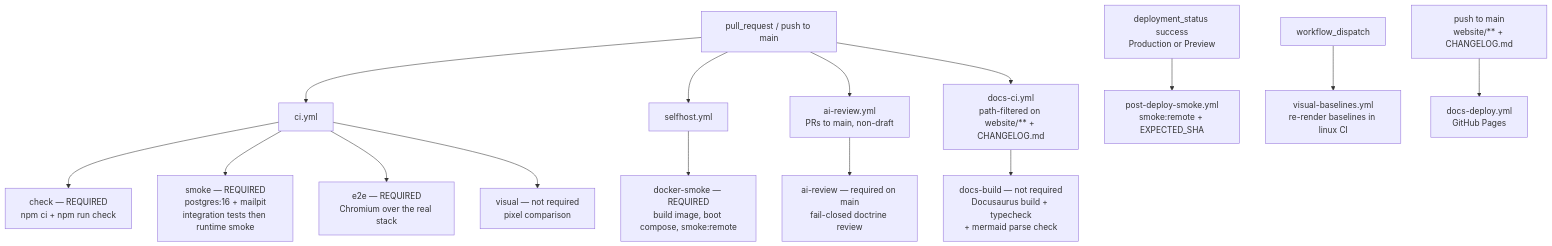
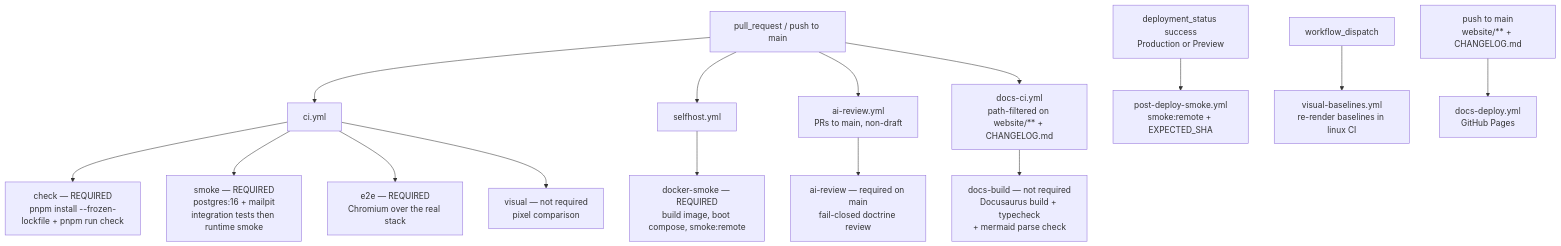
The first of 2 diagrams in website/docs/operations/ci-gates.md (chomamateusz/agentproofarch), drawn with Mermaid before and after one commit. The commit also changed other lines of this file and 74 other files, not shown here.

First line of the commit message:
Toolchain: migrate npm -> pnpm (supply-chain hardening)

````diff
--- a/website/docs/operations/ci-gates.md
+++ b/website/docs/operations/ci-gates.md
@@ -17,19 +17,19 @@
 ```mermaid
 flowchart TD
     pr["pull_request / push to main"] --> ci["ci.yml"]
     pr --> sh["selfhost.yml"]
     pr --> ai["ai-review.yml<br/>PRs to main, non-draft"]
     pr --> dci["docs-ci.yml<br/>path-filtered on website/** + CHANGELOG.md"]
 
-    ci --> check["check — REQUIRED<br/>npm ci + npm run check"]
+    ci --> check["check — REQUIRED<br/>pnpm install --frozen-lockfile + pnpm run check"]
     ci --> smoke["smoke — REQUIRED<br/>postgres:16 + mailpit<br/>integration tests then runtime smoke"]
     ci --> e2e["e2e — REQUIRED<br/>Chromium over the real stack"]
     ci --> visual["visual — not required<br/>pixel comparison"]
     sh --> docker["docker-smoke — REQUIRED<br/>build image, boot compose, smoke:remote"]
     ai --> aireview["ai-review — required on main<br/>fail-closed doctrine review"]
     dci --> docsbuild["docs-build — not required<br/>Docusaurus build + typecheck<br/>+ mermaid parse check"]
 
     deploy["deployment_status success<br/>Production or Preview"] --> pds["post-deploy-smoke.yml<br/>smoke:remote + EXPECTED_SHA"]
     dispatch["workflow_dispatch"] --> vb["visual-baselines.yml<br/>re-render baselines in linux CI"]
     pushmain["push to main<br/>website/** + CHANGELOG.md"] --> dd["docs-deploy.yml<br/>GitHub Pages"]
 ```
````
